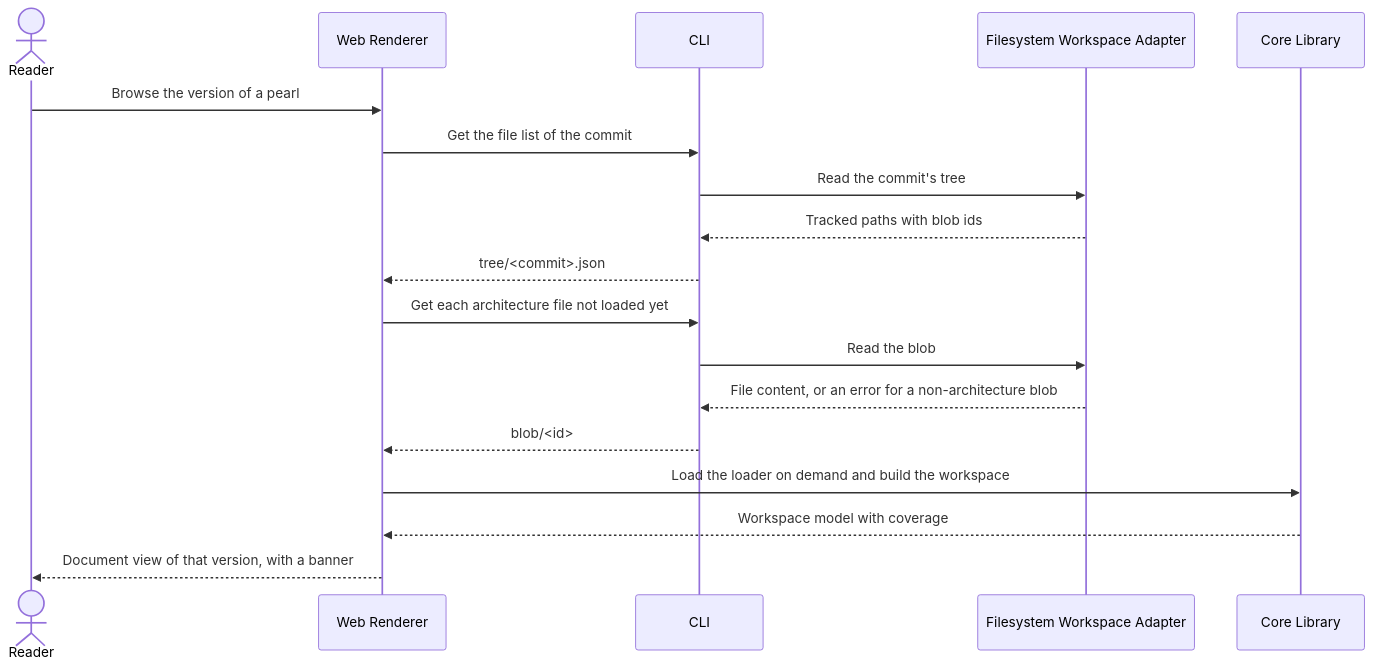
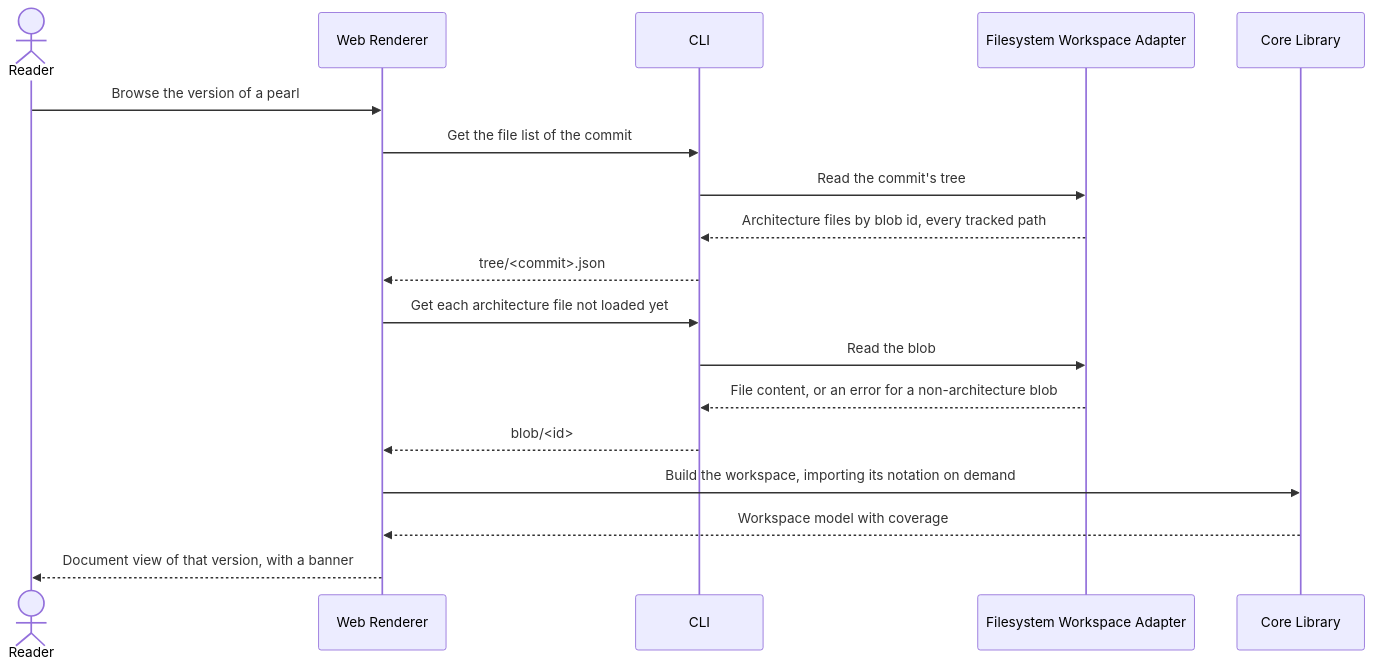
Before and after one commit to docToolchain/arc42-language: the seventh of 7 diagrams in docs/arc42/06-runtime-view.arc42.md, drawn with Mermaid. The commit also changed 7 other files, not shown here.

````diff
--- a/docs/arc42/06-runtime-view.arc42.md
+++ b/docs/arc42/06-runtime-view.arc42.md
@@ -355,21 +355,21 @@
 ```mermaid
 sequenceDiagram
     actor actor_reader as Reader
     participant bb_web as Web Renderer
     participant bb_cli as CLI
     participant bb_workspace_fs as Filesystem Workspace Adapter
     participant bb_core as Core Library
 
     actor_reader->>bb_web: Browse the version of a pearl
     bb_web->>bb_cli: Get the file list of the commit
     bb_cli->>bb_workspace_fs: Read the commit's tree
-    bb_workspace_fs-->>bb_cli: Tracked paths with blob ids
+    bb_workspace_fs-->>bb_cli: Architecture files by blob id, every tracked path
     bb_cli-->>bb_web: tree/<commit>.json
     bb_web->>bb_cli: Get each architecture file not loaded yet
     bb_cli->>bb_workspace_fs: Read the blob
     bb_workspace_fs-->>bb_cli: File content, or an error for a non-architecture blob
     bb_cli-->>bb_web: blob/<id>
-    bb_web->>bb_core: Load the loader on demand and build the workspace
+    bb_web->>bb_core: Build the workspace, importing its notation on demand
     bb_core-->>bb_web: Workspace model with coverage
     bb_web-->>actor_reader: Document view of that version, with a banner
 ```
````
